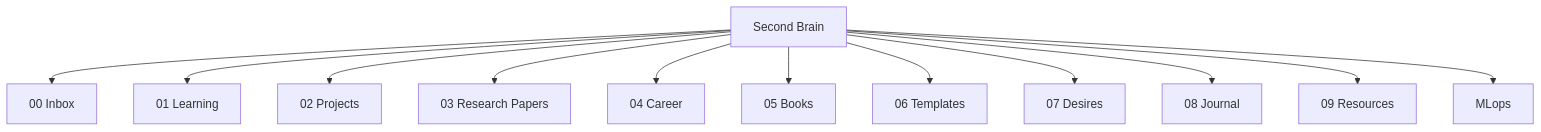
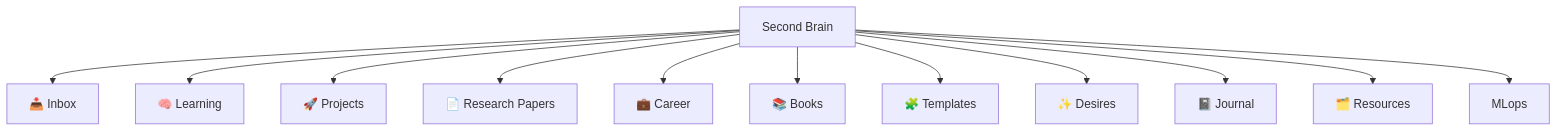
The diagram in README.md (lystiger/Second-Brain), drawn with Mermaid before and after one commit. The commit also changed other lines of this file and 94 other files, not shown here.

````diff
--- a/README.md
+++ b/README.md
@@ -22,14 +22,14 @@
 ```mermaid
 graph TD
-    Root[Second Brain] --> Inbox[00 Inbox]
-    Root --> Learning[01 Learning]
-    Root --> Projects[02 Projects]
-    Root --> Papers[03 Research Papers]
-    Root --> Career[04 Career]
-    Root --> Books[05 Books]
-    Root --> Templates[06 Templates]
-    Root --> Desires[07 Desires]
-    Root --> Journal[08 Journal]
-    Root --> Resources[09 Resources]
+    Root[Second Brain] --> Inbox[📥 Inbox]
+    Root --> Learning[🧠 Learning]
+    Root --> Projects[🚀 Projects]
+    Root --> Papers[📄 Research Papers]
+    Root --> Career[💼 Career]
+    Root --> Books[📚 Books]
+    Root --> Templates[🧩 Templates]
+    Root --> Desires[✨ Desires]
+    Root --> Journal[📓 Journal]
+    Root --> Resources[🗂️ Resources]
     Root --> MLOps[MLops]
 ```
````
